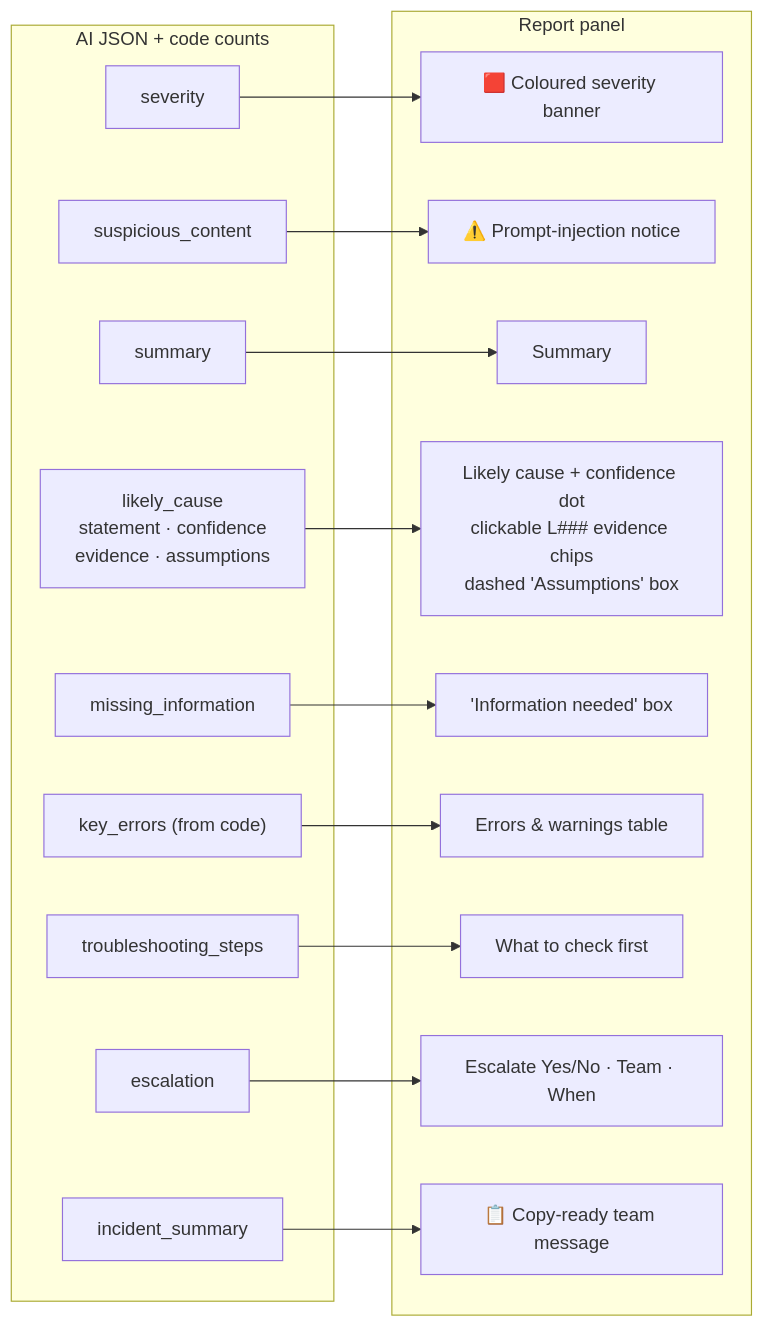
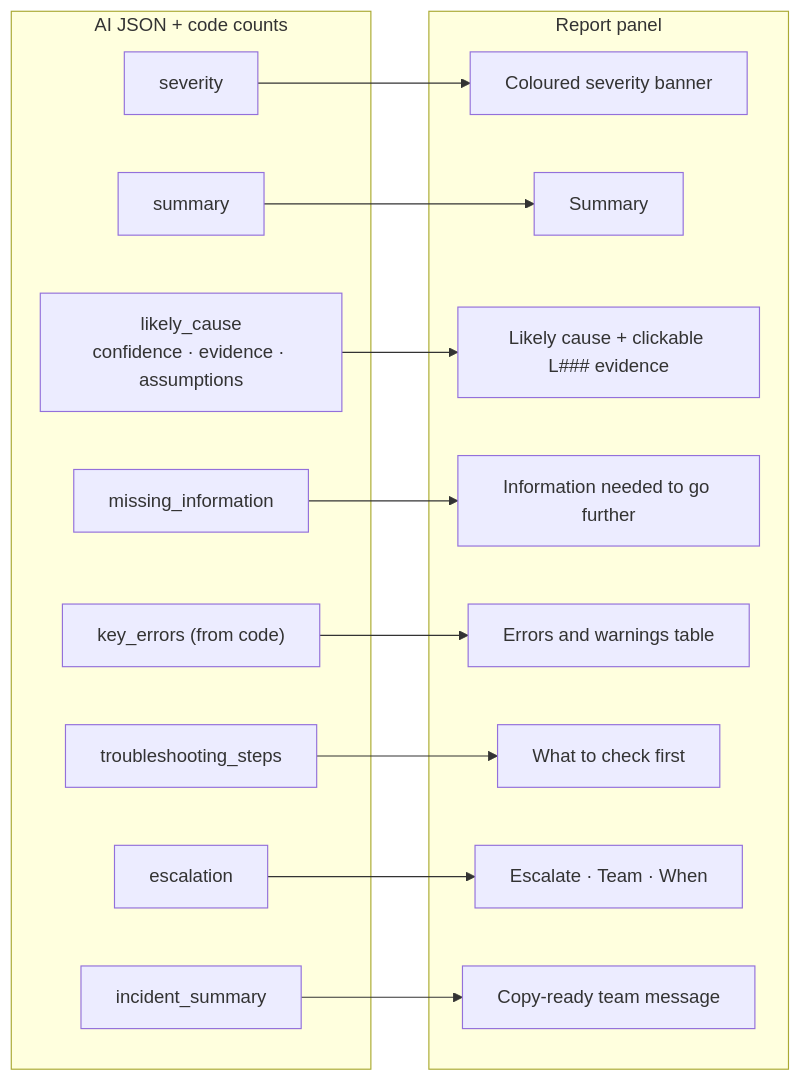
One commit to nitishyadav108/incident-analyzer changed the third of 3 diagrams in README.md. Above: the diagram before and after it, drawn with Mermaid. The commit also changed other lines of this file, not shown here.

````diff
--- a/README.md
+++ b/README.md
@@ -212,34 +70,31 @@
 ```mermaid
 flowchart LR
     subgraph JSON["AI JSON + code counts"]
         s1["severity"]
-        s2["suspicious_content"]
         s3["summary"]
-        s4["likely_cause<br/>statement · confidence<br/>evidence · assumptions"]
+        s4["likely_cause<br/>confidence · evidence · assumptions"]
         s5["missing_information"]
         s6["key_errors (from code)"]
         s7["troubleshooting_steps"]
         s8["escalation"]
         s9["incident_summary"]
     end
     subgraph UI["Report panel"]
-        u1["🟥 Coloured severity banner"]
-        u2["⚠️ Prompt-injection notice"]
+        u1["Coloured severity banner"]
         u3["Summary"]
-        u4["Likely cause + confidence dot<br/>clickable L### evidence chips<br/>dashed 'Assumptions' box"]
-        u5["'Information needed' box"]
-        u6["Errors & warnings table"]
+        u4["Likely cause + clickable L### evidence"]
+        u5["Information needed to go further"]
+        u6["Errors and warnings table"]
         u7["What to check first"]
-        u8["Escalate Yes/No · Team · When"]
-        u9["📋 Copy-ready team message"]
+        u8["Escalate · Team · When"]
+        u9["Copy-ready team message"]
     end
     s1-->u1
-    s2-->u2
     s3-->u3
     s4-->u4
     s5-->u5
     s6-->u6
     s7-->u7
     s8-->u8
     s9-->u9
 ```
````
